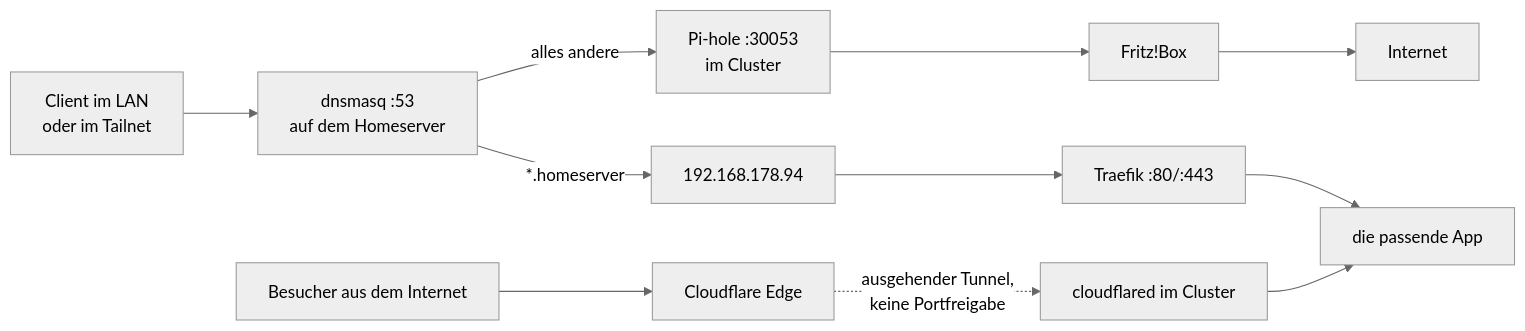
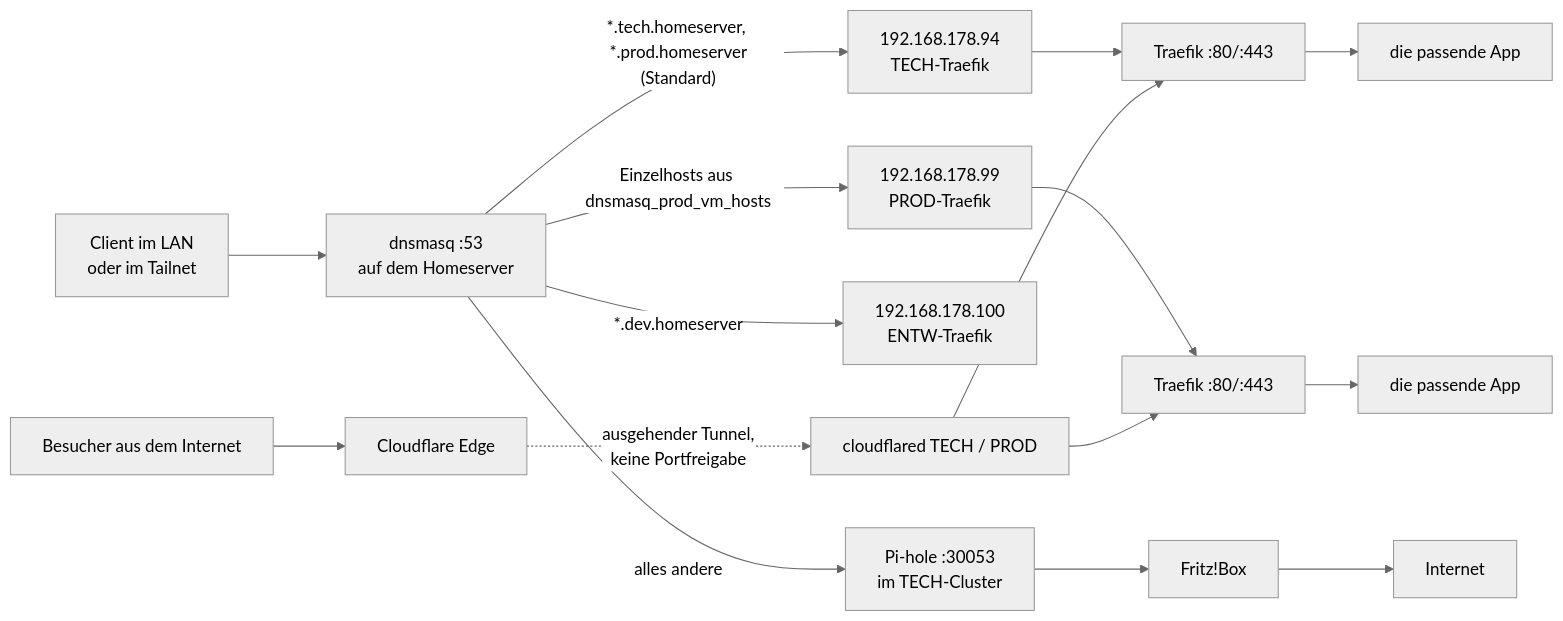
Before and after one commit to pkr-lab/capulus-core: the sixth of 6 diagrams in docs/a-betriebssystem/a0010-overview.md, drawn with Mermaid (neutral theme). The commit also changed other lines of this file and 54 other files, not shown here.

First line of the commit message:
docs: Doku auf Multi-Cluster-Stand (ENTW/TECH/PROD) gebracht

````diff
--- a/docs/a-betriebssystem/a0010-overview.md
+++ b/docs/a-betriebssystem/a0010-overview.md
@@ -339,13 +454,18 @@
 ```mermaid
 flowchart LR
     CL["Client im LAN<br/>oder im Tailnet"] --> DNS["dnsmasq :53<br/>auf dem Homeserver"]
-    DNS -->|"*.homeserver"| IP["192.168.178.94"]
-    DNS -->|"alles andere"| PH["Pi-hole :30053<br/>im Cluster"]
+    DNS -->|"*.tech.homeserver, *.prod.homeserver<br/>(Standard)"| IP["192.168.178.94<br/>TECH-Traefik"]
+    DNS -->|"Einzelhosts aus dnsmasq_prod_vm_hosts"| IPP["192.168.178.99<br/>PROD-Traefik"]
+    DNS -->|"*.dev.homeserver"| IPE["192.168.178.100<br/>ENTW-Traefik"]
+    DNS -->|"alles andere"| PH["Pi-hole :30053<br/>im TECH-Cluster"]
     PH --> FB["Fritz!Box"]
     FB --> NET["Internet"]
     IP --> TR["Traefik :80/:443"]
+    IPP --> TRP["Traefik :80/:443"]
     TR --> APP["die passende App"]
+    TRP --> APPP["die passende App"]
     EXT["Besucher aus dem Internet"] --> CFE["Cloudflare Edge"]
-    CFE -.->|"ausgehender Tunnel,<br/>keine Portfreigabe"| CFD["cloudflared im Cluster"]
-    CFD --> APP
+    CFE -.->|"ausgehender Tunnel,<br/>keine Portfreigabe"| CFD["cloudflared TECH / PROD"]
+    CFD --> TR
+    CFD --> TRP
 ```
````
